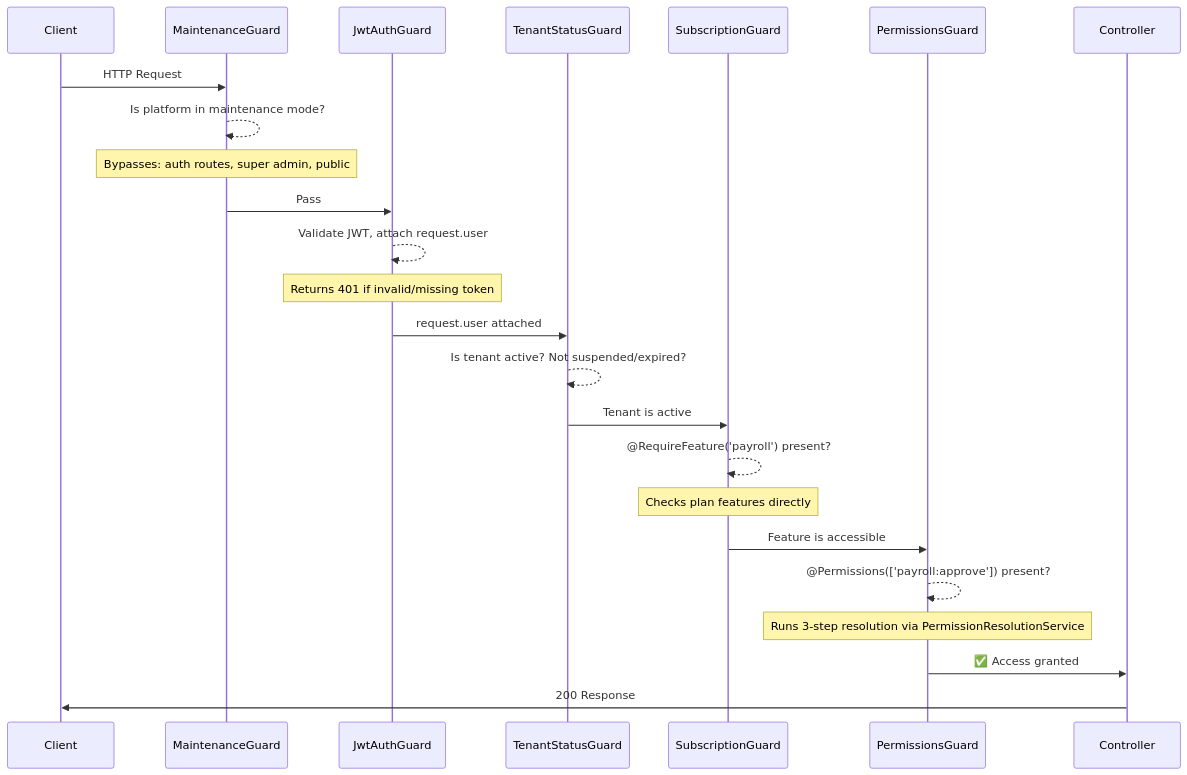
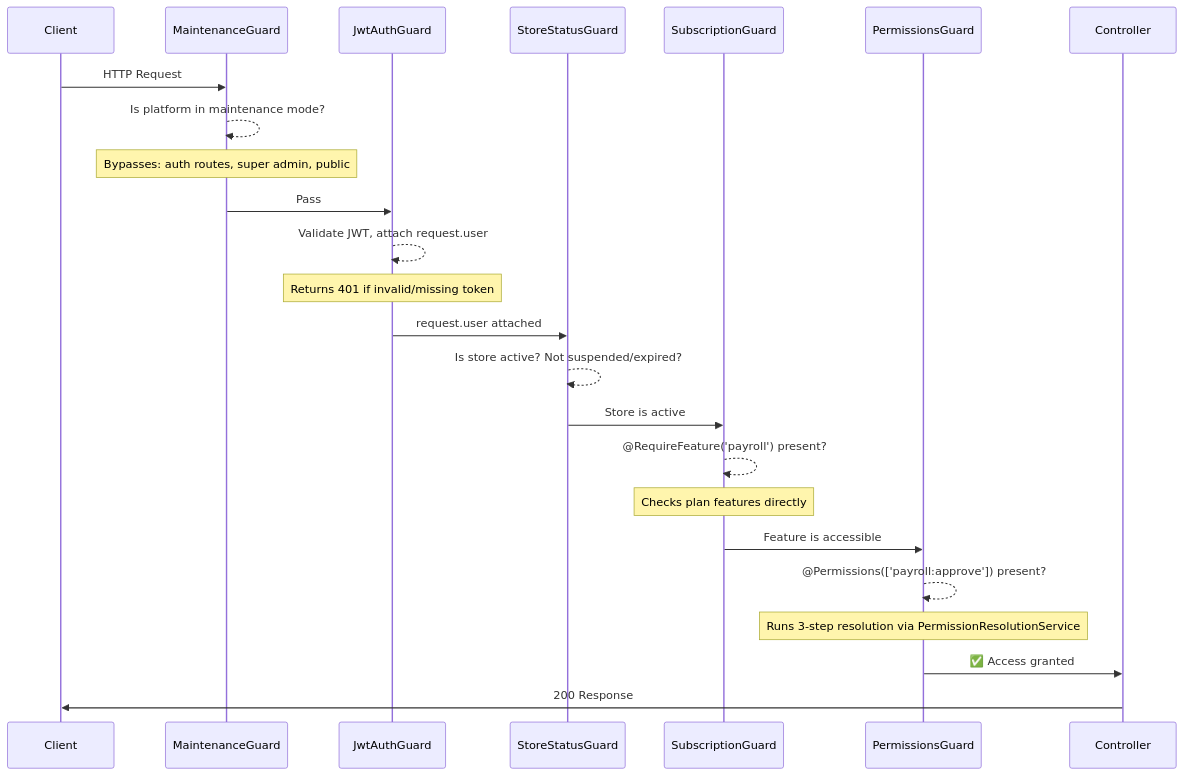
The third of 4 diagrams in doc/system-design/subscription-and-features.md (gowtamkumar/eCommerce-multi-store-saas-erp), drawn with Mermaid before and after one commit. The commit also changed other lines of this file and 764 other files, not shown here.

````diff
--- a/doc/system-design/subscription-and-features.md
+++ b/doc/system-design/subscription-and-features.md
@@ -387,32 +387,32 @@
 ```mermaid
 sequenceDiagram
     participant Client
     participant MaintenanceGuard
     participant JwtAuthGuard
-    participant TenantStatusGuard
+    participant StoreStatusGuard
     participant SubscriptionGuard
     participant PermissionsGuard
     participant Controller
 
     Client->>MaintenanceGuard: HTTP Request
     MaintenanceGuard-->>MaintenanceGuard: Is platform in maintenance mode?
     Note over MaintenanceGuard: Bypasses: auth routes, super admin, public
 
     MaintenanceGuard->>JwtAuthGuard: Pass
     JwtAuthGuard-->>JwtAuthGuard: Validate JWT, attach request.user
     Note over JwtAuthGuard: Returns 401 if invalid/missing token
 
-    JwtAuthGuard->>TenantStatusGuard: request.user attached
-    TenantStatusGuard-->>TenantStatusGuard: Is tenant active? Not suspended/expired?
+    JwtAuthGuard->>StoreStatusGuard: request.user attached
+    StoreStatusGuard-->>StoreStatusGuard: Is store active? Not suspended/expired?
 
-    TenantStatusGuard->>SubscriptionGuard: Tenant is active
+    StoreStatusGuard->>SubscriptionGuard: Store is active
     SubscriptionGuard-->>SubscriptionGuard: @RequireFeature('payroll') present?
     Note over SubscriptionGuard: Checks plan features directly
 
     SubscriptionGuard->>PermissionsGuard: Feature is accessible
     PermissionsGuard-->>PermissionsGuard: @Permissions(['payroll:approve']) present?
     Note over PermissionsGuard: Runs 3-step resolution via PermissionResolutionService
 
     PermissionsGuard->>Controller: ✅ Access granted
     Controller->>Client: 200 Response
 ```
````
